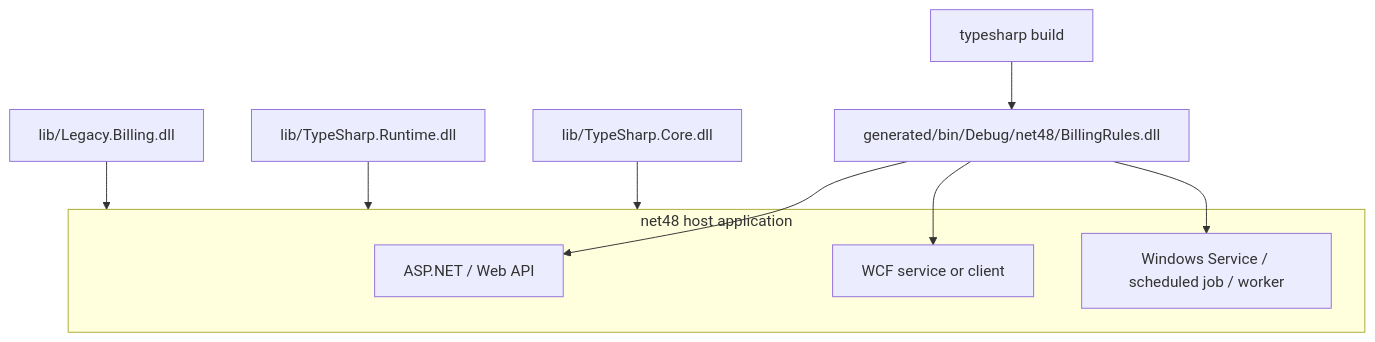
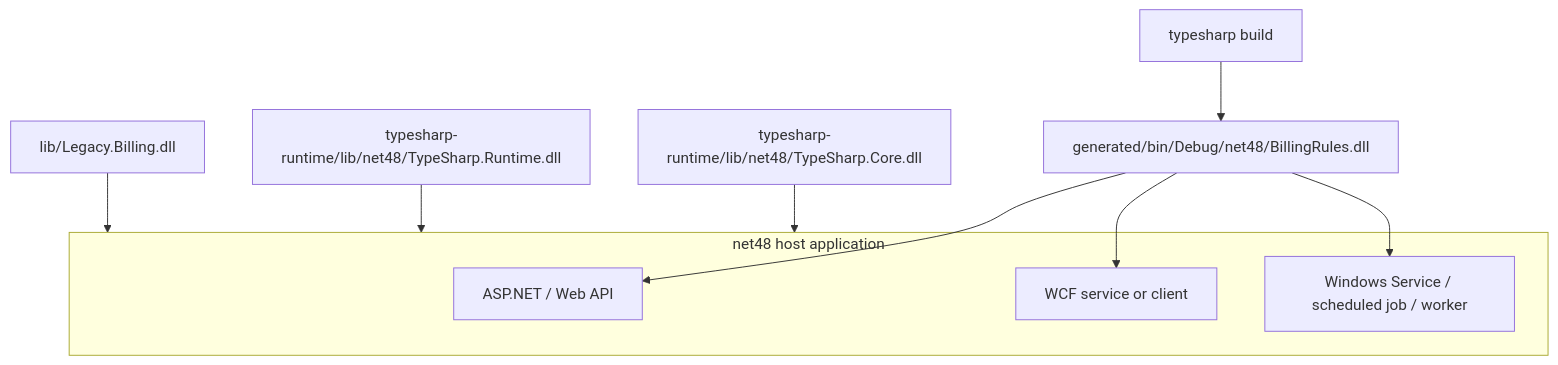
Before and after one commit to naramdash/TypeSharp: the third of 3 diagrams in docs/src/content/docs/runtime-artifacts.md, drawn with Mermaid. The commit also changed other lines of this file and 34 other files, not shown here.

````diff
--- a/docs/src/content/docs/runtime-artifacts.md
+++ b/docs/src/content/docs/runtime-artifacts.md
@@ -219,22 +221,22 @@
 ```mermaid
 flowchart TD
   Build["typesharp build"]
   GeneratedDll["generated/bin/Debug/net48/BillingRules.dll"]
-  CoreDll["lib/TypeSharp.Core.dll"]
-  RuntimeDll["lib/TypeSharp.Runtime.dll"]
+  CoreDll["typesharp-runtime/lib/net48/TypeSharp.Core.dll"]
+  RuntimeDll["typesharp-runtime/lib/net48/TypeSharp.Runtime.dll"]
   LegacyDll["lib/Legacy.Billing.dll"]
 
   subgraph Host["net48 host application"]
     AspNet["ASP.NET / Web API"]
     Wcf["WCF service or client"]
     Worker["Windows Service / scheduled job / worker"]
   end
 
   Build --> GeneratedDll
   GeneratedDll --> AspNet
   GeneratedDll --> Wcf
   GeneratedDll --> Worker
   CoreDll --> Host
   RuntimeDll --> Host
   LegacyDll --> Host
 ```
````
